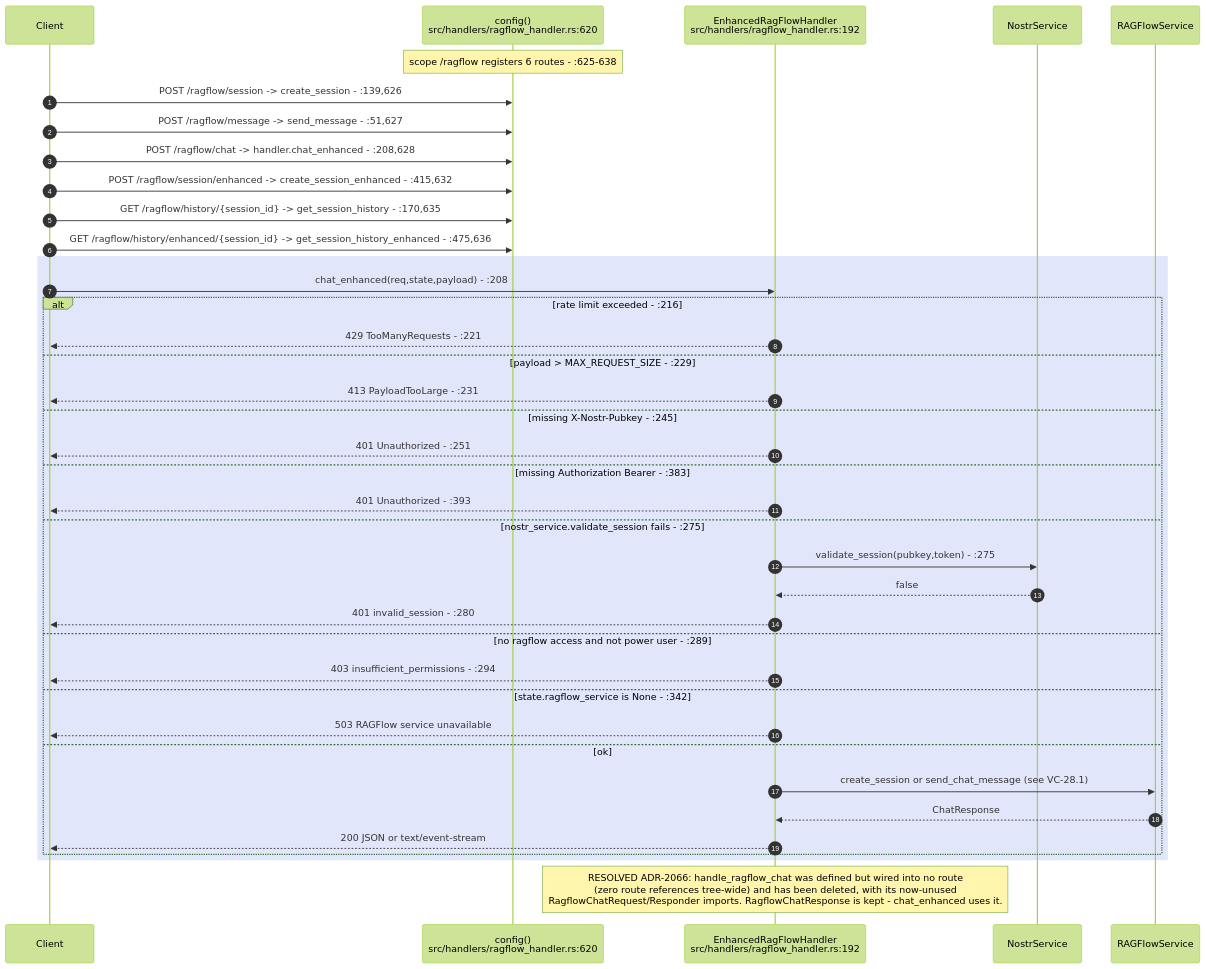
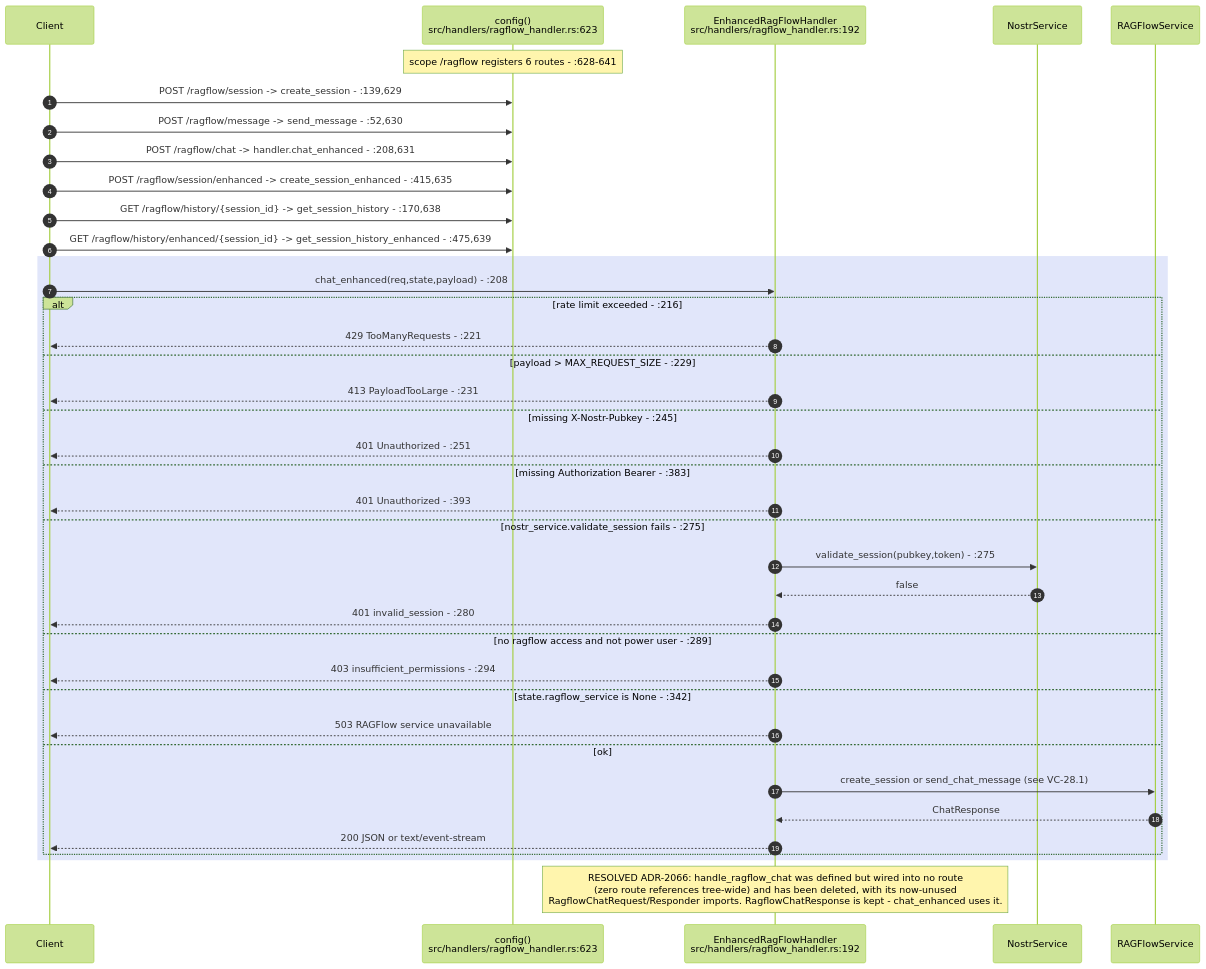
The second of 8 diagrams in docs/diagrams/visionclaw/28-external-services.md (DreamLab-AI/VisionFlow), drawn with Mermaid (forest theme) before and after one commit. The commit also changed other lines of this file and 160 other files, not shown here.

````diff
--- a/docs/diagrams/visionclaw/28-external-services.md
+++ b/docs/diagrams/visionclaw/28-external-services.md
@@ -82,44 +86,44 @@
 ```mermaid
 sequenceDiagram
     autonumber
     participant C as Client
-    participant CFG as config()<br/>src/handlers/ragflow_handler.rs:620
+    participant CFG as config()<br/>src/handlers/ragflow_handler.rs:623
     participant H as EnhancedRagFlowHandler<br/>src/handlers/ragflow_handler.rs:192
     participant N as NostrService
     participant RS as RAGFlowService
 
-    Note over CFG: scope /ragflow registers 6 routes - :625-638
-    C->>CFG: POST /ragflow/session -> create_session - :139,626
-    C->>CFG: POST /ragflow/message -> send_message - :51,627
-    C->>CFG: POST /ragflow/chat -> handler.chat_enhanced - :208,628
-    C->>CFG: POST /ragflow/session/enhanced -> create_session_enhanced - :415,632
-    C->>CFG: GET /ragflow/history/{session_id} -> get_session_history - :170,635
-    C->>CFG: GET /ragflow/history/enhanced/{session_id} -> get_session_history_enhanced - :475,636
+    Note over CFG: scope /ragflow registers 6 routes - :628-641
+    C->>CFG: POST /ragflow/session -> create_session - :139,629
+    C->>CFG: POST /ragflow/message -> send_message - :52,630
+    C->>CFG: POST /ragflow/chat -> handler.chat_enhanced - :208,631
+    C->>CFG: POST /ragflow/session/enhanced -> create_session_enhanced - :415,635
+    C->>CFG: GET /ragflow/history/{session_id} -> get_session_history - :170,638
+    C->>CFG: GET /ragflow/history/enhanced/{session_id} -> get_session_history_enhanced - :475,639
 
     rect rgb(225,230,250)
     C->>H: chat_enhanced(req,state,payload) - :208
     alt rate limit exceeded - :216
         H-->>C: 429 TooManyRequests - :221
     else payload > MAX_REQUEST_SIZE - :229
         H-->>C: 413 PayloadTooLarge - :231
     else missing X-Nostr-Pubkey - :245
         H-->>C: 401 Unauthorized - :251
     else missing Authorization Bearer - :383
         H-->>C: 401 Unauthorized - :393
     else nostr_service.validate_session fails - :275
         H->>N: validate_session(pubkey,token) - :275
         N-->>H: false
         H-->>C: 401 invalid_session - :280
     else no ragflow access and not power user - :289
         H-->>C: 403 insufficient_permissions - :294
     else state.ragflow_service is None - :342
         H-->>C: 503 RAGFlow service unavailable
     else ok
         H->>RS: create_session or send_chat_message (see VC-28.1)
         RS-->>H: ChatResponse
         H-->>C: 200 JSON or text/event-stream
     end
     end
 
     Note over H: RESOLVED ADR-2066: handle_ragflow_chat was defined but wired into no route<br/>(zero route references tree-wide) and has been deleted, with its now-unused<br/>RagflowChatRequest/Responder imports. RagflowChatResponse is kept - chat_enhanced uses it.
 ```
````
